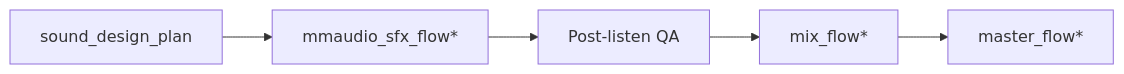
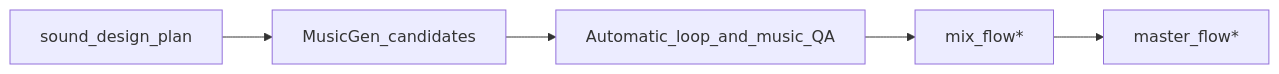
The diagram in docs/cross-cutting/post-generation-placement.md (NicketUttarwar/interview_helper_mux), drawn with Mermaid before and after one commit. The commit also changed other lines of this file and 26 other files, not shown here.

````diff
--- a/docs/cross-cutting/post-generation-placement.md
+++ b/docs/cross-cutting/post-generation-placement.md
@@ -11,7 +11,7 @@
 ```mermaid
 flowchart LR
-    SDP[sound_design_plan] --> GEN[mmaudio_sfx_flow*]
-    GEN --> QA[Post-listen QA]
+    SDP[sound_design_plan] --> GEN[MusicGen_candidates]
+    GEN --> QA[Automatic_loop_and_music_QA]
     QA --> MIX[mix_flow*]
     MIX --> MASTER[master_flow*]
 ```
````
